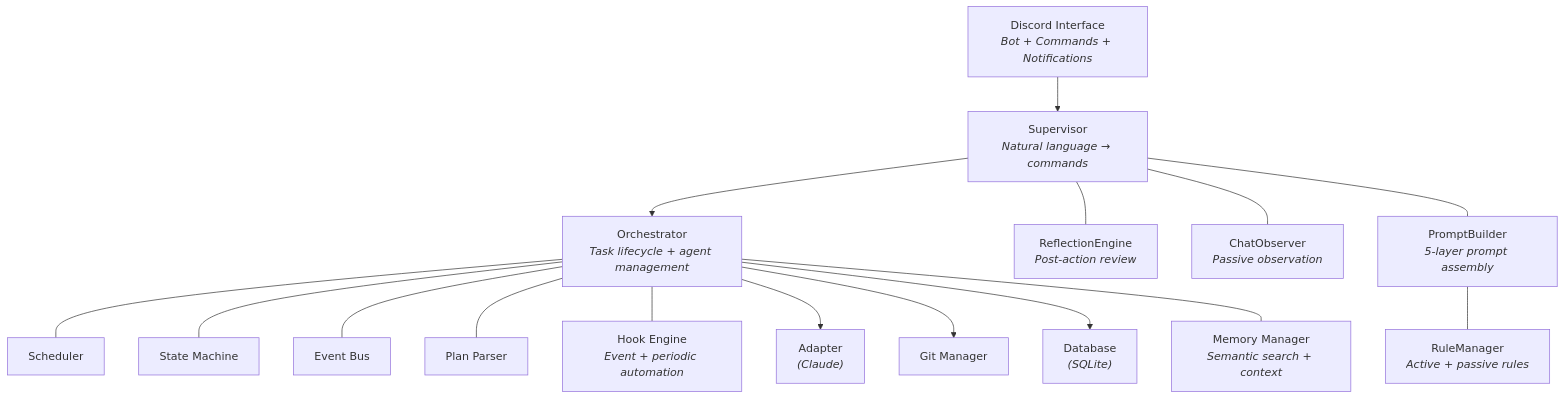
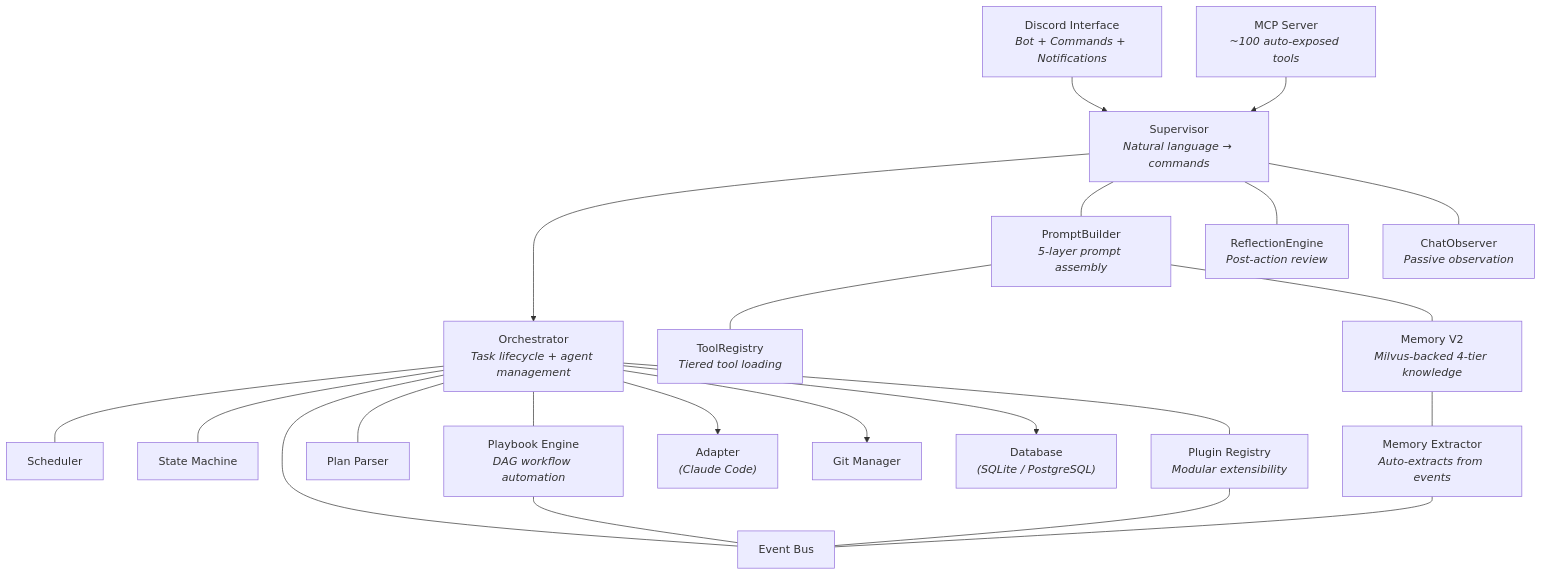
One commit to darcyle/agent-queue changed the diagram in docs/guides/architecture.md. Above: the diagram before and after it, drawn with Mermaid. The commit also changed other lines of this file and 4 other files, not shown here.

````diff
--- a/docs/guides/architecture.md
+++ b/docs/guides/architecture.md
@@ -13,34 +13,43 @@
 ```mermaid
 graph TD
     Discord["Discord Interface<br/><i>Bot + Commands + Notifications</i>"]
+    MCP["MCP Server<br/><i>~100 auto-exposed tools</i>"]
     Supervisor["Supervisor<br/><i>Natural language → commands</i>"]
     PB["PromptBuilder<br/><i>5-layer prompt assembly</i>"]
-    RM["RuleManager<br/><i>Active + passive rules</i>"]
+    TR["ToolRegistry<br/><i>Tiered tool loading</i>"]
     Reflect["ReflectionEngine<br/><i>Post-action review</i>"]
     ChatObs["ChatObserver<br/><i>Passive observation</i>"]
     Orch["Orchestrator<br/><i>Task lifecycle + agent management</i>"]
     Sched[Scheduler]
     SM[State Machine]
     EB[Event Bus]
     PP[Plan Parser]
-    Hooks["Hook Engine<br/><i>Event + periodic automation</i>"]
-    Adapter["Adapter<br/><i>(Claude)</i>"]
+    Playbooks["Playbook Engine<br/><i>DAG workflow automation</i>"]
+    Plugins["Plugin Registry<br/><i>Modular extensibility</i>"]
+    Adapter["Adapter<br/><i>(Claude Code)</i>"]
     Git["Git Manager"]
-    DB["Database<br/><i>(SQLite)</i>"]
-    Memory["Memory Manager<br/><i>Semantic search + context</i>"]
+    DB["Database<br/><i>(SQLite / PostgreSQL)</i>"]
+    Memory["Memory V2<br/><i>Milvus-backed 4-tier knowledge</i>"]
+    Extractor["Memory Extractor<br/><i>Auto-extracts from events</i>"]
 
     Discord --> Supervisor --> Orch
+    MCP --> Supervisor
     Supervisor --- PB
     Supervisor --- Reflect
     Supervisor --- ChatObs
-    PB --- RM
+    PB --- TR
+    PB --- Memory
     Orch --- Sched
     Orch --- SM
     Orch --- EB
     Orch --- PP
-    Orch --- Hooks
+    Orch --- Playbooks
     Orch --> Adapter
     Orch --> Git
     Orch --> DB
-    Orch --- Memory
+    Orch --- Plugins
+    Memory --- Extractor
+    Extractor --- EB
+    Playbooks --- EB
+    Plugins --- EB
 ```
````
